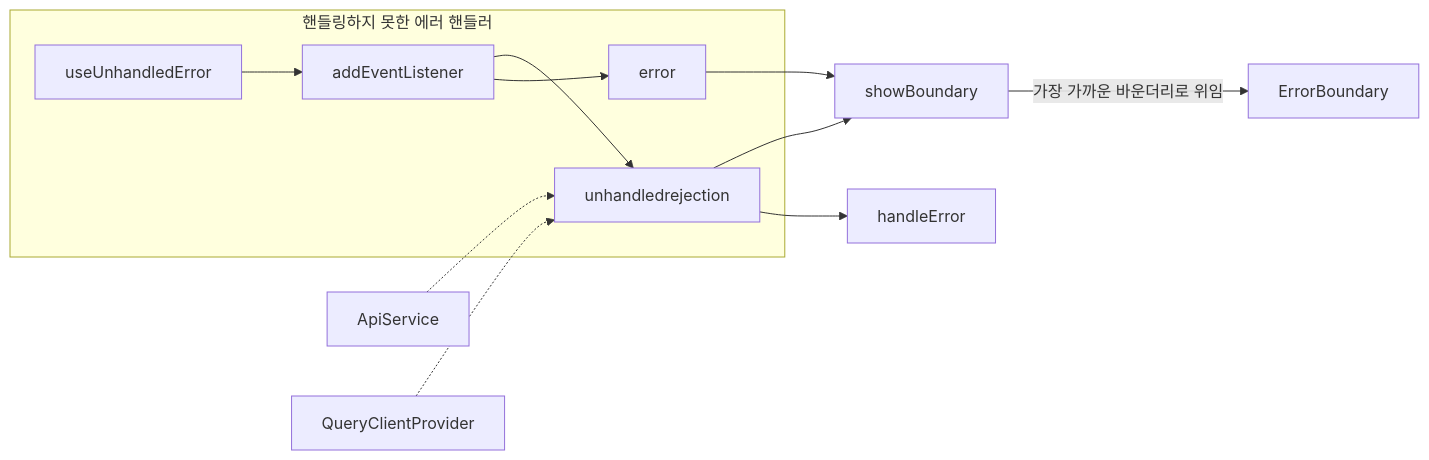
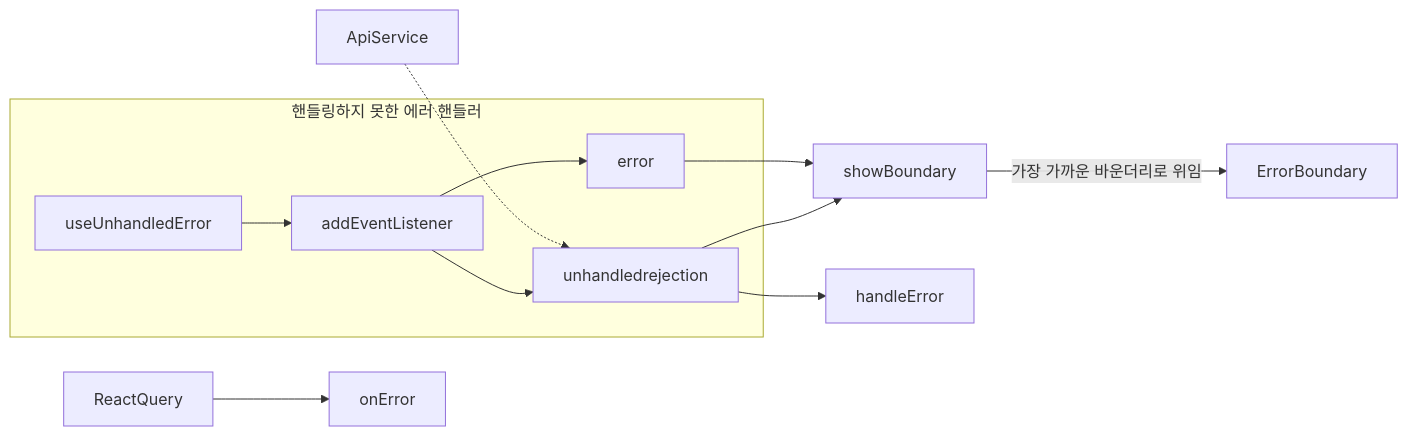
One commit to hotehrud/architecture-mmd changed the diagram in md/error_useUnhandledError/error_useUnhandledError.md. Above: the diagram before and after it, drawn with Mermaid.

Commit message:
react-query 에러에서는 unhandledrejection 로 안 넘어가도록

````diff
--- a/md/error_useUnhandledError/error_useUnhandledError.md
+++ b/md/error_useUnhandledError/error_useUnhandledError.md
@@ -3,22 +3,23 @@
 ```mermaid
 %% errorHandling - useUnhandledError
 graph LR
     %% __START useUnhandledError
     useUnhandledError --> addEventListener
     addEventListener --> unhandledrejection
     addEventListener --> error
     unhandledrejection --> showBoundary
     unhandledrejection --> handleError
     error --> showBoundary
     showBoundary --> |가장 가까운 바운더리로 위임| ErrorBoundary
     subgraph UseUnhandledErrorGroup["핸들링하지 못한 에러 핸들러"]
         useUnhandledError
         addEventListener
         unhandledrejection
         error
     end
     %% __END useUnhandledError
 
     ApiService -.-> unhandledrejection
-    QueryClientProvider -.-> unhandledrejection
+    ReactQuery --> onError
+
 ```
````
